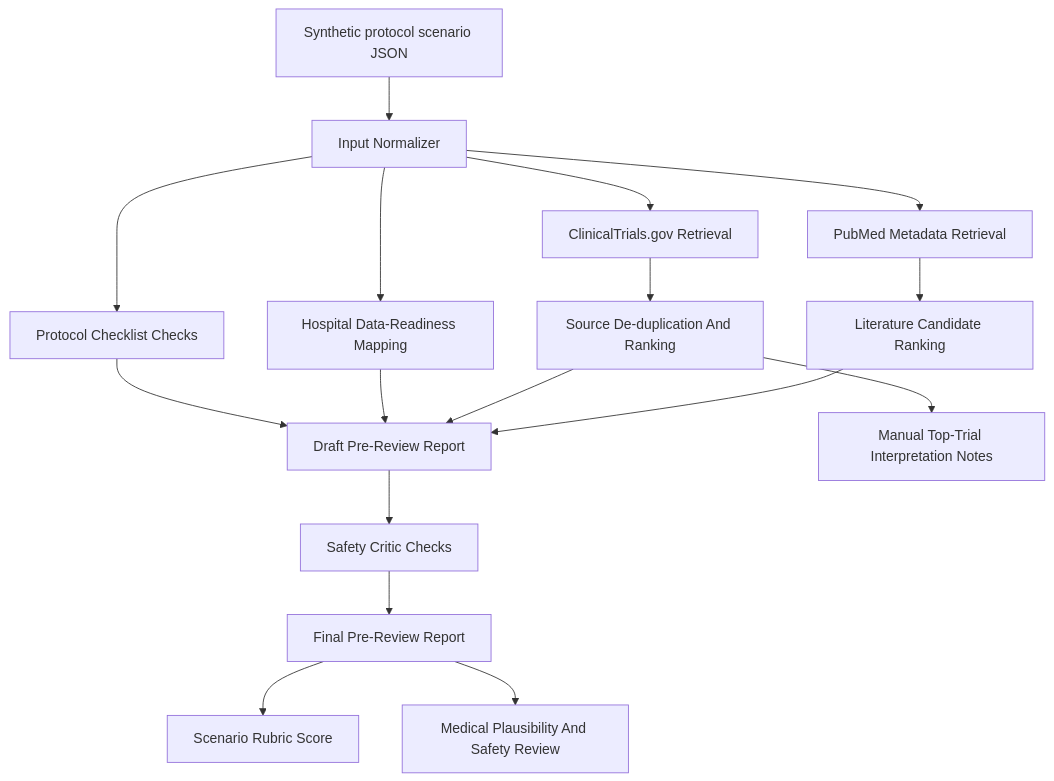
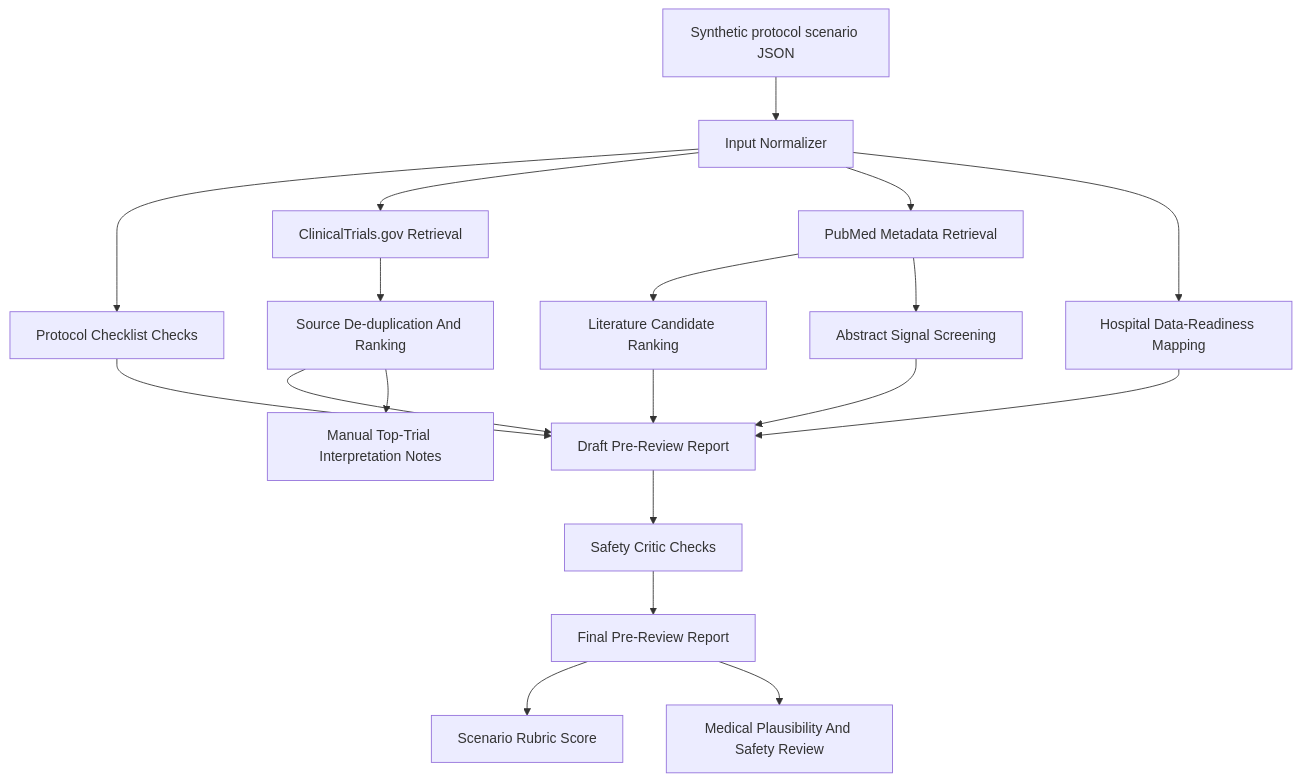
One commit to MoriochoRadio/jump-ai-clinical-agent changed the diagram in README.md. Above: the diagram before and after it, drawn with Mermaid. The commit also changed other lines of this file and 10 other files, not shown here.

Commit message:
Add PubMed abstract screening signals

````diff
--- a/README.md
+++ b/README.md
@@ -74,19 +74,21 @@
 ```mermaid
 flowchart TD
     A["Synthetic protocol scenario JSON"] --> B["Input Normalizer"]
     B --> C["Protocol Checklist Checks"]
     B --> D["ClinicalTrials.gov Retrieval"]
     B --> M["PubMed Metadata Retrieval"]
     B --> E["Hospital Data-Readiness Mapping"]
     D --> F["Source De-duplication And Ranking"]
     M --> N["Literature Candidate Ranking"]
+    M --> O["Abstract Signal Screening"]
     C --> G["Draft Pre-Review Report"]
     E --> G
     F --> G
     N --> G
+    O --> G
     G --> H["Safety Critic Checks"]
     H --> I["Final Pre-Review Report"]
     I --> J["Scenario Rubric Score"]
     F --> K["Manual Top-Trial Interpretation Notes"]
     I --> L["Medical Plausibility And Safety Review"]
 ```
````
